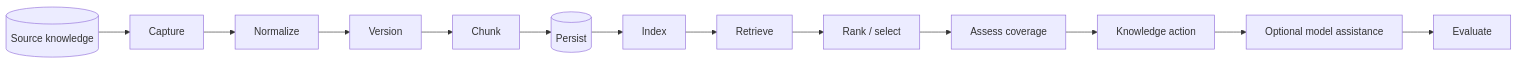
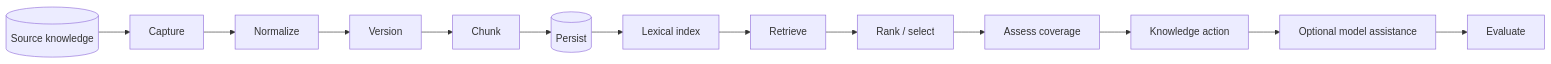
Before and after one commit to kumarchandansingh/tropos: the first of 5 diagrams in docs/architecture/RAG_ARCHITECTURE.md, drawn with Mermaid. The commit also changed other lines of this file and 10 other files, not shown here.

````diff
--- a/docs/architecture/RAG_ARCHITECTURE.md
+++ b/docs/architecture/RAG_ARCHITECTURE.md
@@ -7,16 +7,16 @@
 ```mermaid
 flowchart LR
     S[(Source knowledge)]
     --> R[Capture]
     --> N[Normalize]
     --> V[Version]
     --> C[Chunk]
     --> P[(Persist)]
-    --> I[Index]
+    --> I[Lexical index]
     --> Q[Retrieve]
     --> K[Rank / select]
     --> A[Assess coverage]
     --> D[Knowledge action]
     --> G[Optional model assistance]
     --> E[Evaluate]
 ```
````
